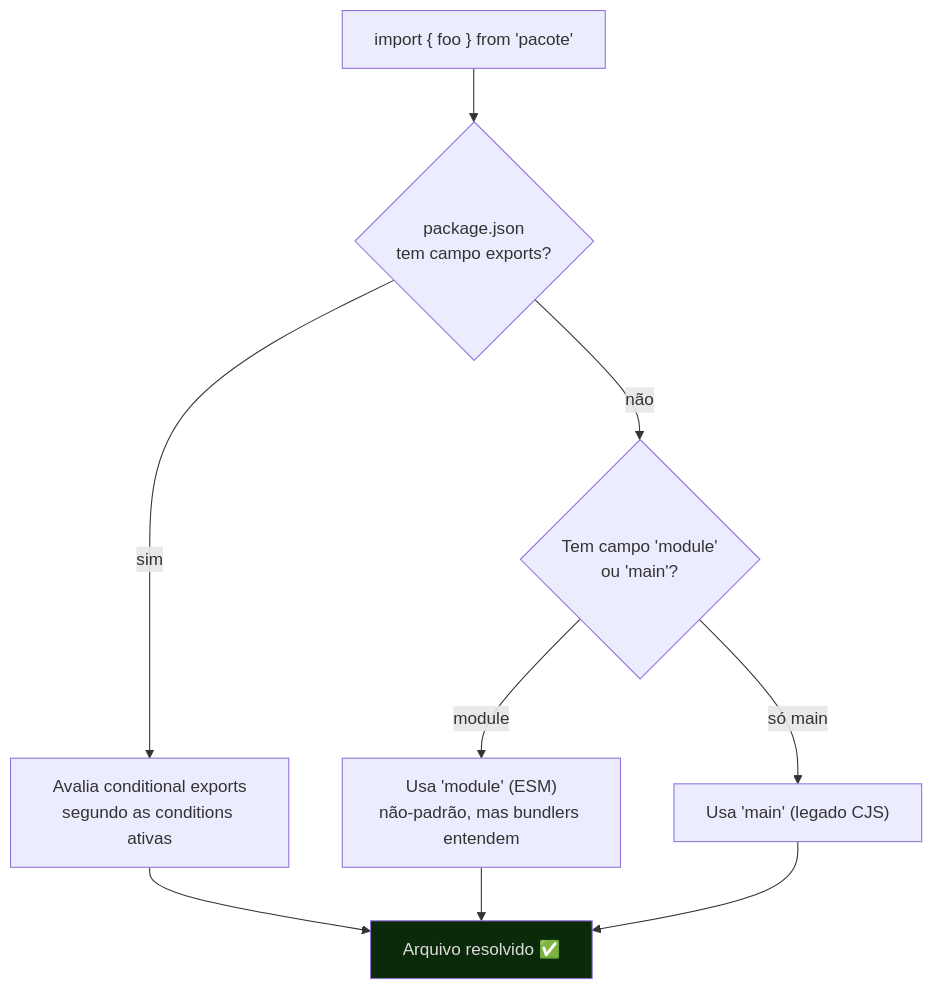
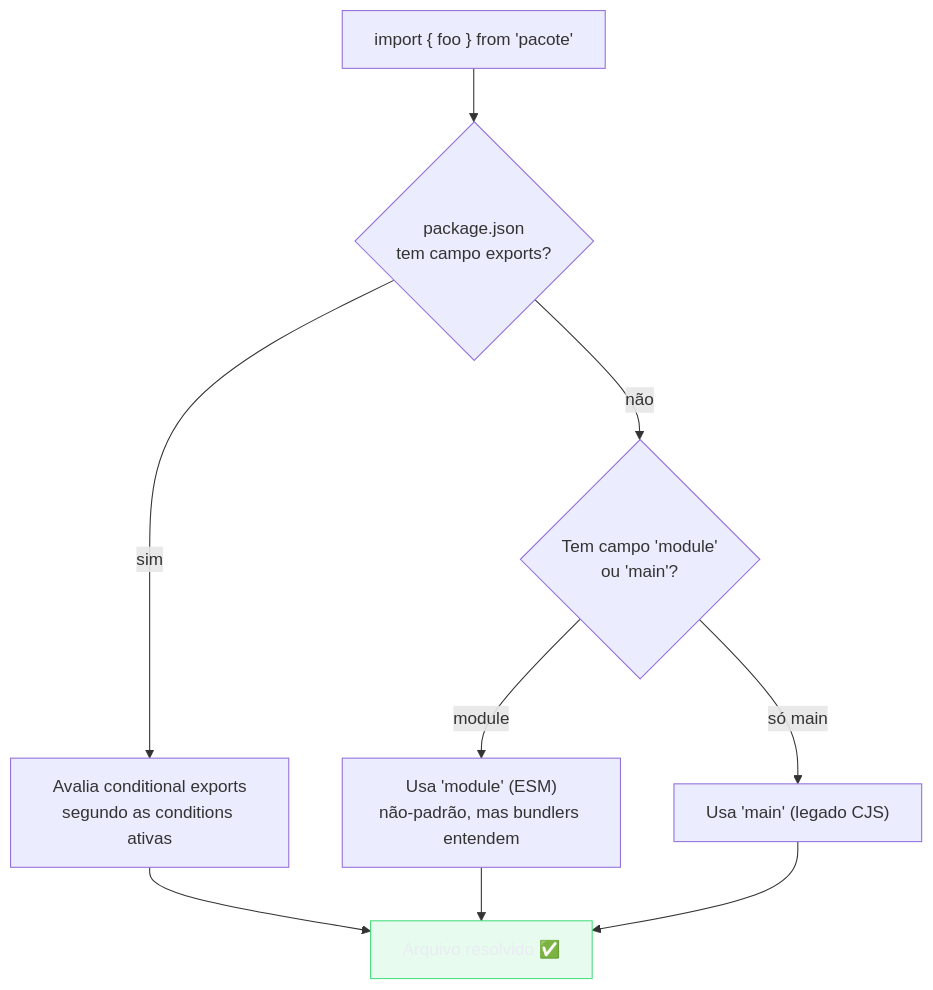
One commit to josenaldo/codex-technomanticus changed the sixth of 7 diagrams in 03-Dominios/Tecnologia/Tooling e Build/06 - ESM e CJS e o sistema de módulos.md. Above: the diagram before and after it, drawn with Mermaid. The commit also changed other lines of this file and 1181 other files, not shown here.

First line of the commit message:
fix(diagramas): paleta do sistema no lugar de cor cravada no markdown

````diff
--- a/03-Dominios/Tecnologia/Tooling e Build/06 - ESM e CJS e o sistema de módulos.md
+++ b/03-Dominios/Tecnologia/Tooling e Build/06 - ESM e CJS e o sistema de módulos.md
@@ -537,23 +544,24 @@
 ```mermaid
 flowchart TD
+    classDef ok fill:#4ADE8021,stroke:#4ADE80,color:#E9ECF2
     IMP["import { foo } from 'pacote'"]
 
     EXPORTS{"package.json\ntem campo exports?"}
     COND["Avalia conditional exports\nsegundo as conditions ativas"]
     MAIN{"Tem campo 'module'\nou 'main'?"}
     MODULE["Usa 'module' (ESM)\nnão-padrão, mas bundlers entendem"]
     MAIN_F["Usa 'main' (legado CJS)"]
     
     FOUND["Arquivo resolvido ✅"]
     
     IMP --> EXPORTS
     EXPORTS -- sim --> COND
     COND --> FOUND
     EXPORTS -- não --> MAIN
     MAIN -- module --> MODULE
     MAIN -- só main --> MAIN_F
     MODULE --> FOUND
     MAIN_F --> FOUND
 
-    style FOUND fill:#0a2a0a,color:#ddd
+    class FOUND ok
 ```
````
